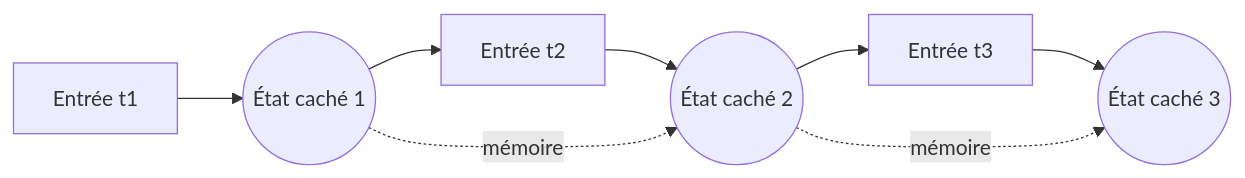
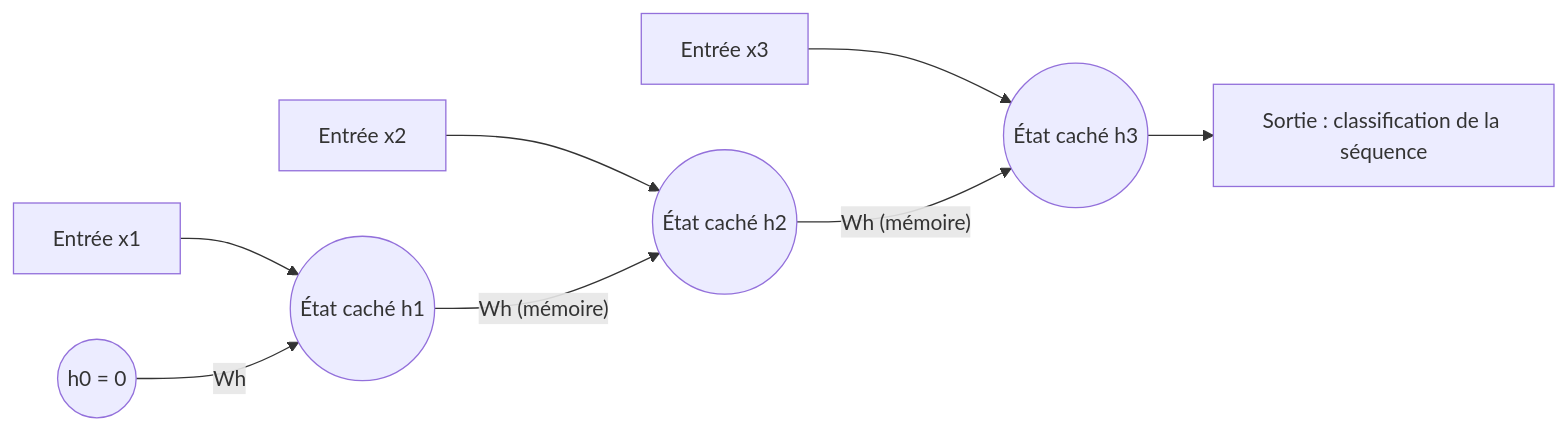
The first of 2 diagrams in content/courses/deep-learning/04-reseaux-neurones-recurrents-sequences.md (AureDulvresse/nyx), drawn with Mermaid before and after one commit. The commit also changed other lines of this file and 167 other files, not shown here.

````diff
--- a/content/courses/deep-learning/04-reseaux-neurones-recurrents-sequences.md
+++ b/content/courses/deep-learning/04-reseaux-neurones-recurrents-sequences.md
@@ -31,10 +65,10 @@
 ```mermaid
-graph LR
-    X1[Entrée t1] --> H1((État caché 1))
-    H1 --> X2E[Entrée t2]
-    X2E --> H2((État caché 2))
-    H2 --> X3E[Entrée t3]
-    X3E --> H3((État caché 3))
-    H1 -.mémoire.-> H2
-    H2 -.mémoire.-> H3
+flowchart LR
+    X1["Entrée x1"] --> H1(("État caché h1"))
+    X2["Entrée x2"] --> H2(("État caché h2"))
+    X3["Entrée x3"] --> H3(("État caché h3"))
+    H0(("h0 = 0")) -->|"Wh"| H1
+    H1 -->|"Wh (mémoire)"| H2
+    H2 -->|"Wh (mémoire)"| H3
+    H3 --> Y["Sortie : classification de la séquence"]
 ```
````
